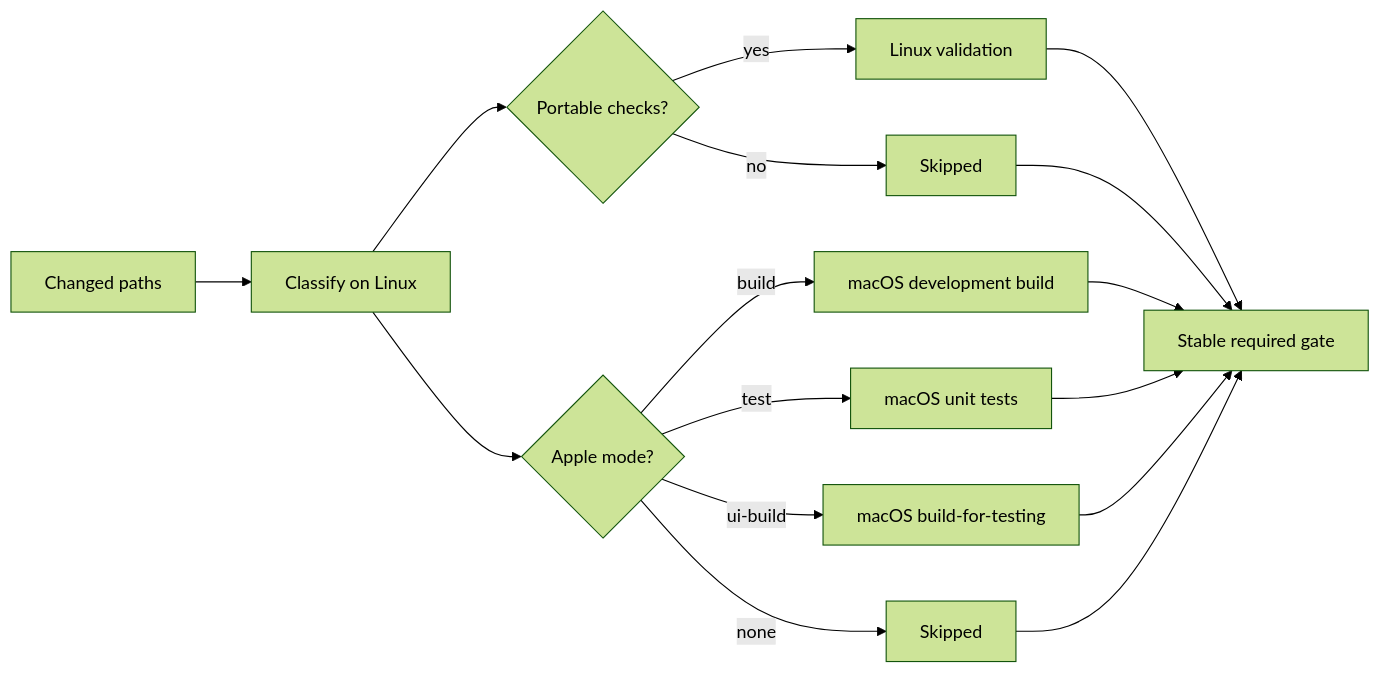
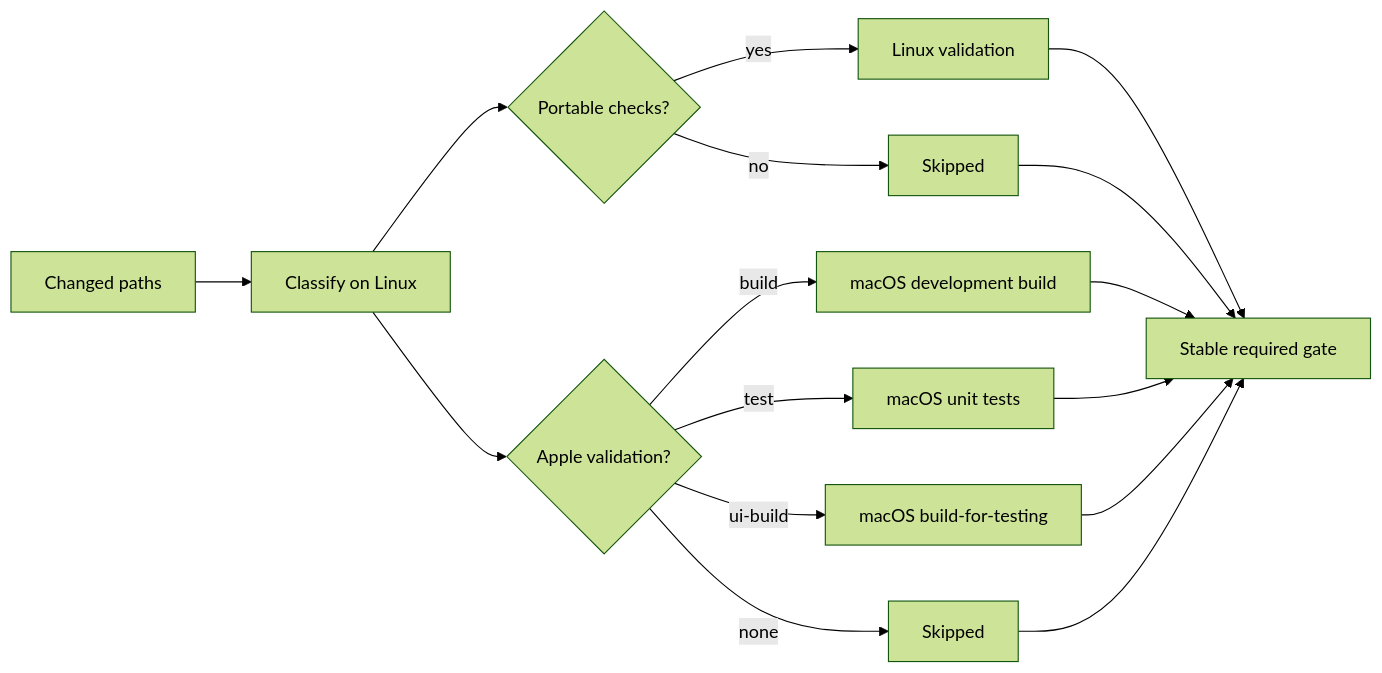
The diagram in _posts/2026-07-22-cost-aware-apple-ci.md (RbBtSn0w/rbbtsn0w.github.io), drawn with Mermaid (forest theme) before and after one commit. The commit also changed other lines of this file, not shown here.

Commit message:
docs: update cost-aware Apple CI post with latest details

````diff
--- a/_posts/2026-07-22-cost-aware-apple-ci.md
+++ b/_posts/2026-07-22-cost-aware-apple-ci.md
@@ -50,18 +92,18 @@
 ```mermaid
 flowchart LR
   A[Changed paths] --> B[Classify on Linux]
   B --> C{Portable checks?}
-  B --> D{Apple mode?}
+  B --> D{Apple validation?}
   C -->|yes| E[Linux validation]
   C -->|no| F[Skipped]
   D -->|build| G[macOS development build]
   D -->|test| H[macOS unit tests]
   D -->|ui-build| I[macOS build-for-testing]
   D -->|none| J[Skipped]
   E --> K[Stable required gate]
   F --> K
   G --> K
   H --> K
   I --> K
   J --> K
 ```
````
